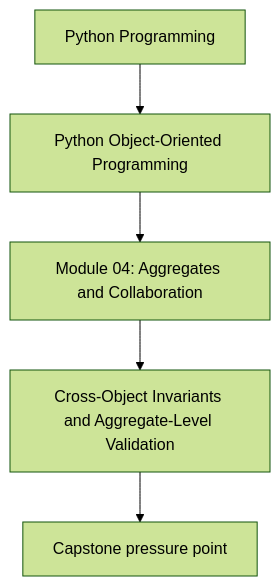
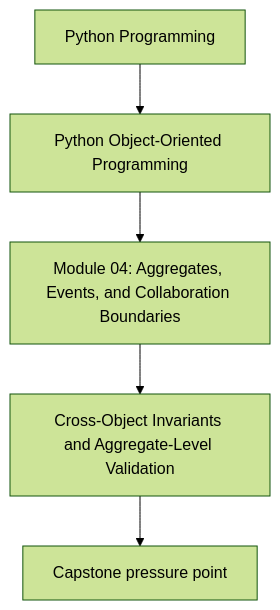
Before and after one commit to bijux/bijux-masterclass: the first of 2 diagrams in programs/python-programming/python-object-oriented-programming/course-book/module-04-aggregates-and-collaboration/cross-object-invariants.md, drawn with Mermaid (forest theme). The commit also changed 241 other files, not shown here.

````diff
--- a/programs/python-programming/python-object-oriented-programming/course-book/module-04-aggregates-and-collaboration/cross-object-invariants.md
+++ b/programs/python-programming/python-object-oriented-programming/course-book/module-04-aggregates-and-collaboration/cross-object-invariants.md
@@ -7,7 +7,7 @@
 ```mermaid
 flowchart TD
   family["Python Programming"] --> program["Python Object-Oriented Programming"]
-  program --> module["Module 04: Aggregates and Collaboration"]
+  program --> module["Module 04: Aggregates, Events, and Collaboration Boundaries"]
   module --> concept["Cross-Object Invariants and Aggregate-Level Validation"]
   concept --> capstone["Capstone pressure point"]
 ```
````
